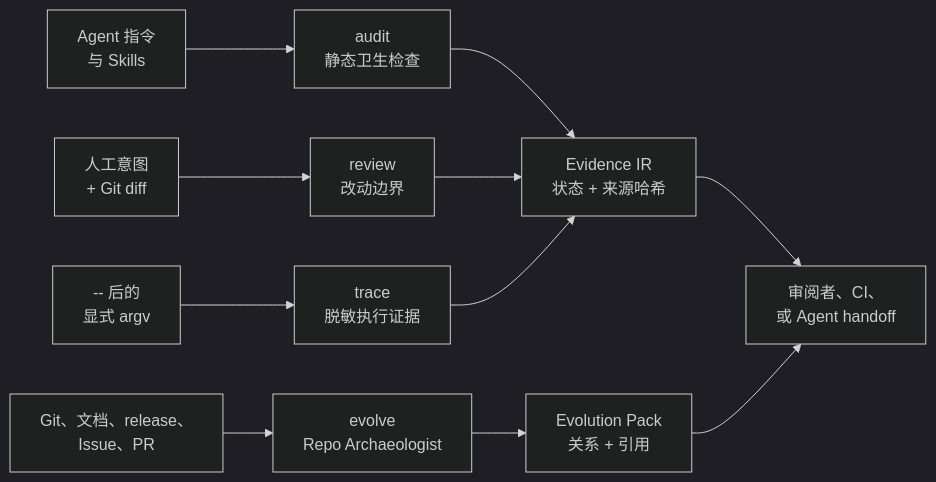
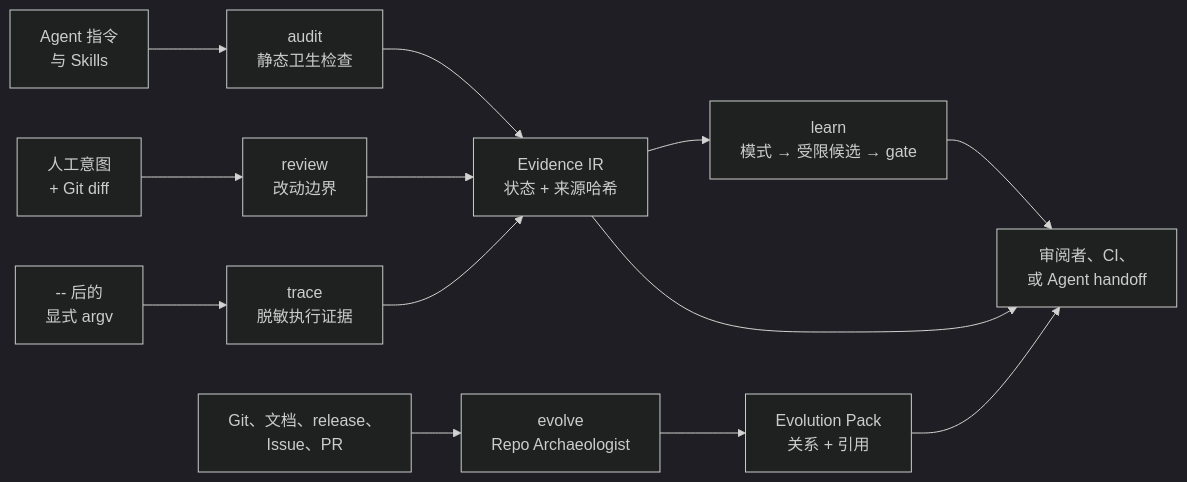
The diagram in docs/README.zh-CN.md (AdvancingTitans/agent-engineering-toolkit), drawn with Mermaid (dark theme) before and after one commit. The commit also changed other lines of this file and 18 other files, not shown here.

````diff
--- a/docs/README.zh-CN.md
+++ b/docs/README.zh-CN.md
@@ -54,13 +57,15 @@
 ```mermaid
 flowchart LR
   A["Agent 指令\n与 Skills"] --> B["audit\n静态卫生检查"]
   C["人工意图\n+ Git diff"] --> D["review\n改动边界"]
   E["-- 后的\n显式 argv"] --> F["trace\n脱敏执行证据"]
   G["Git、文档、release、\nIssue、PR"] --> H["evolve\nRepo Archaeologist"]
   B --> I["Evidence IR\n状态 + 来源哈希"]
   D --> I
   F --> I
   H --> J["Evolution Pack\n关系 + 引用"]
+  I --> L["learn\n模式 → 受限候选 → gate"]
+  L --> K
   I --> K["审阅者、CI、\n或 Agent handoff"]
   J --> K
 ```
````
